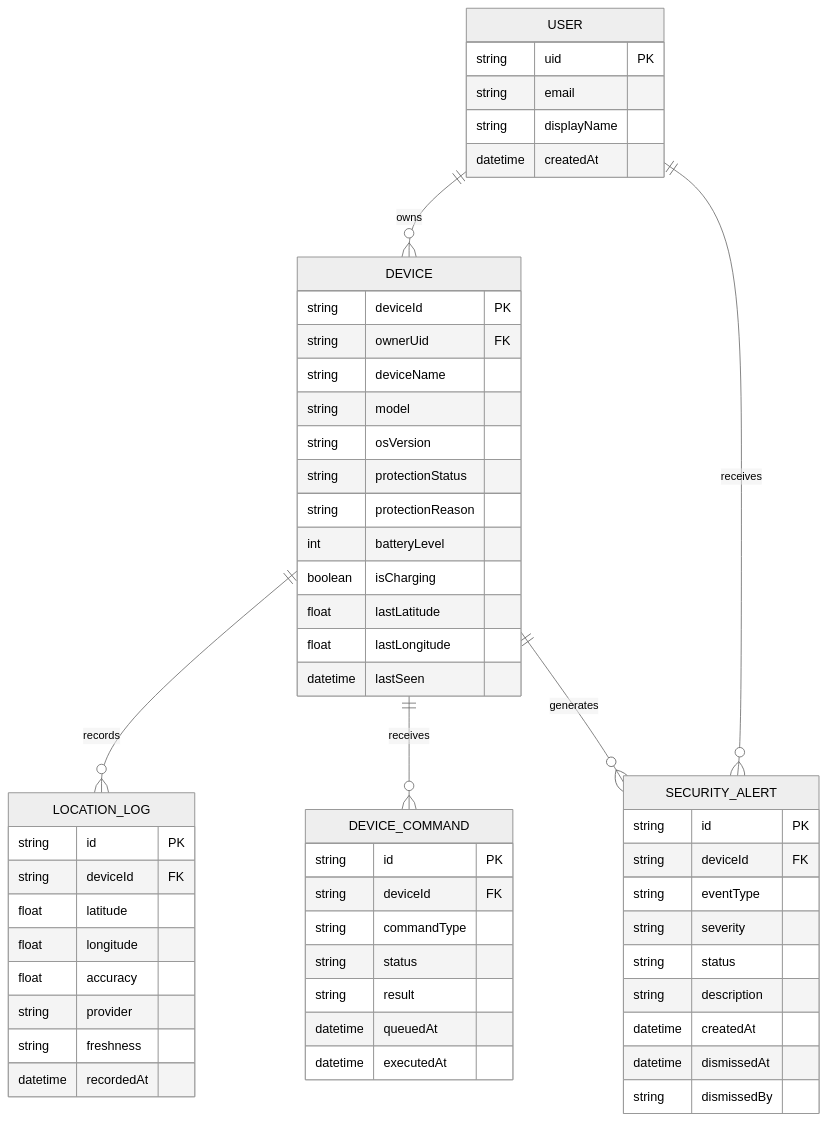
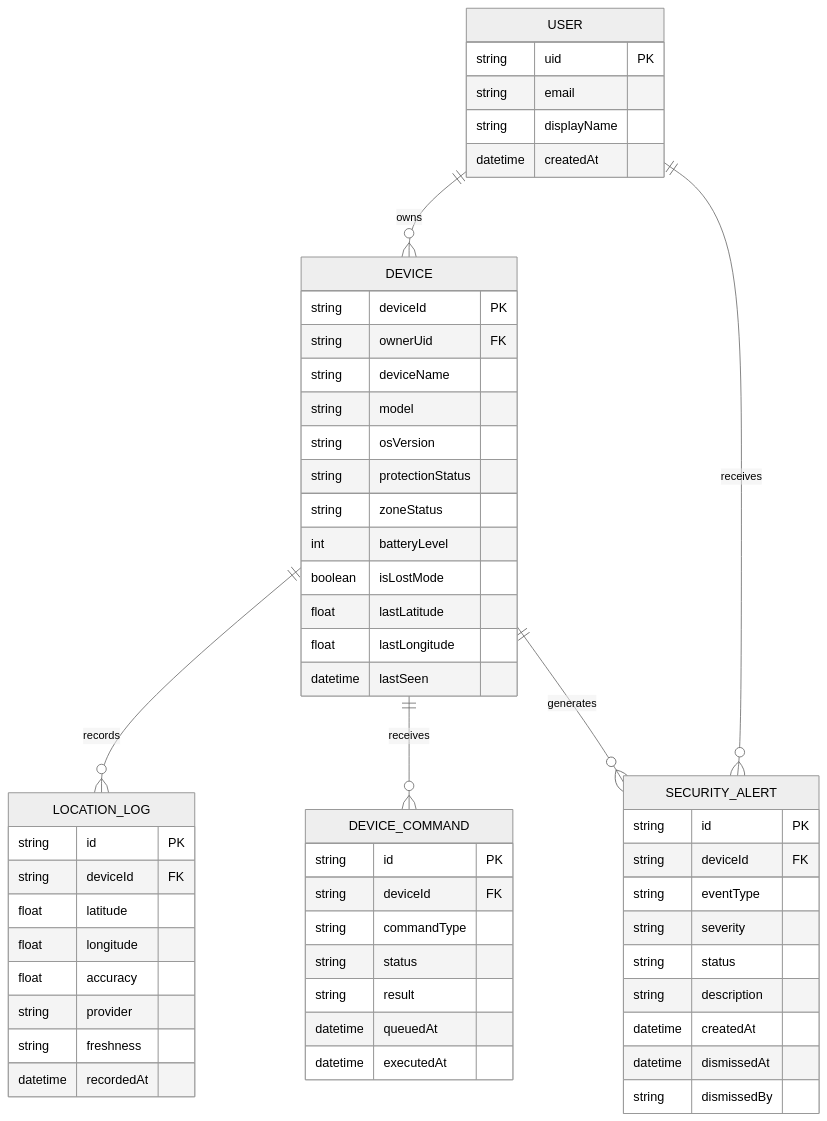
The second of 3 diagrams in README.md (dhanushs602848/SecureTrack), drawn with Mermaid (neutral theme) before and after one commit. The commit also changed other lines of this file and 2 other files, not shown here.

````diff
--- a/README.md
+++ b/README.md
@@ -129,63 +148,63 @@
 ```mermaid
 erDiagram
     USER ||--o{ DEVICE : owns
     USER ||--o{ SECURITY_ALERT : receives
     DEVICE ||--o{ LOCATION_LOG : records
     DEVICE ||--o{ DEVICE_COMMAND : receives
     DEVICE ||--o{ SECURITY_ALERT : generates
 
     USER {
         string uid PK
         string email
         string displayName
         datetime createdAt
     }
 
     DEVICE {
         string deviceId PK
         string ownerUid FK
         string deviceName
         string model
         string osVersion
         string protectionStatus
-        string protectionReason
+        string zoneStatus
         int batteryLevel
-        boolean isCharging
+        boolean isLostMode
         float lastLatitude
         float lastLongitude
         datetime lastSeen
     }
 
     LOCATION_LOG {
         string id PK
         string deviceId FK
         float latitude
         float longitude
         float accuracy
         string provider
         string freshness
         datetime recordedAt
     }
 
     DEVICE_COMMAND {
         string id PK
         string deviceId FK
         string commandType
         string status
         string result
         datetime queuedAt
         datetime executedAt
     }
 
     SECURITY_ALERT {
         string id PK
         string deviceId FK
         string eventType
         string severity
         string status
         string description
         datetime createdAt
         datetime dismissedAt
         string dismissedBy
     }
 ```
````
